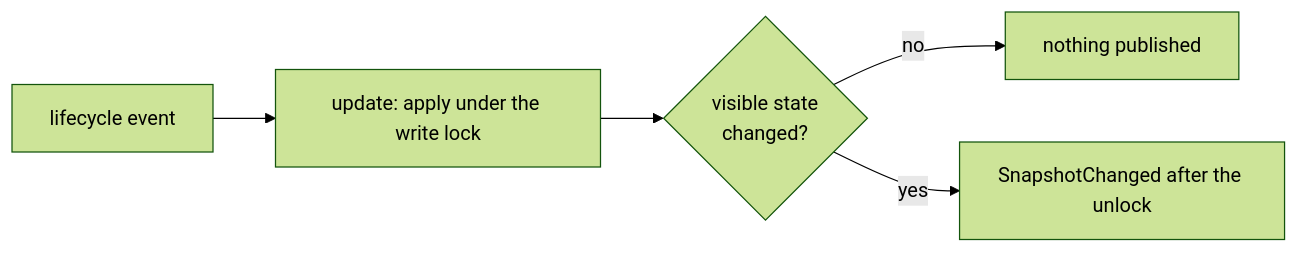
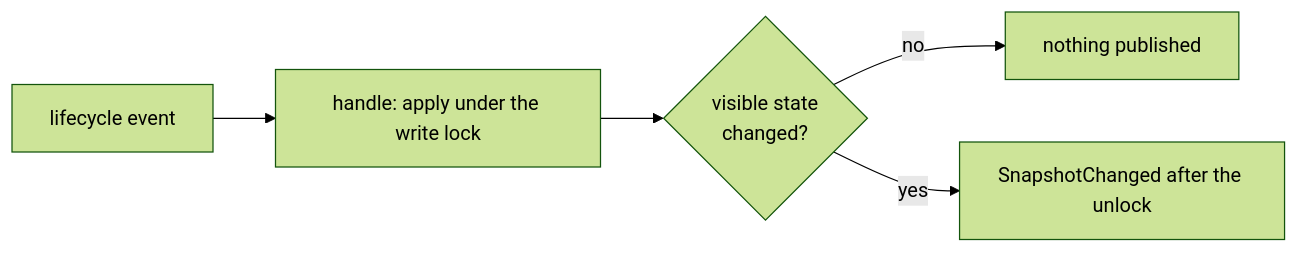
Before and after one commit to tab/fuku: the diagram in internal/app/registry/README.md, drawn with Mermaid (forest theme). The commit also changed other lines of this file and 24 other files, not shown here.

````diff
--- a/internal/app/registry/README.md
+++ b/internal/app/registry/README.md
@@ -15,6 +15,6 @@
 ```mermaid
 flowchart LR
-    E[lifecycle event] --> U[update: apply under the write lock] --> A{visible state<br>changed?}
+    E[lifecycle event] --> U[handle: apply under the write lock] --> A{visible state<br>changed?}
     A -- no --> N[nothing published]
     A -- yes --> P[SnapshotChanged after the unlock]
 ```
````
